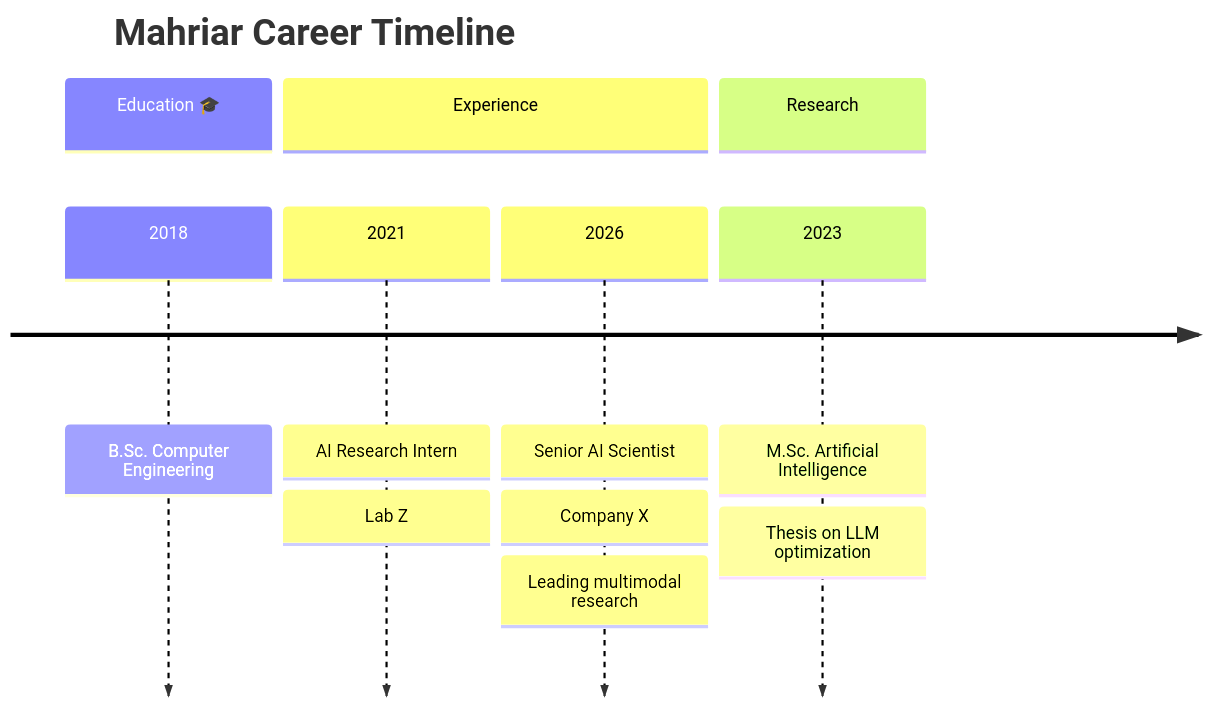
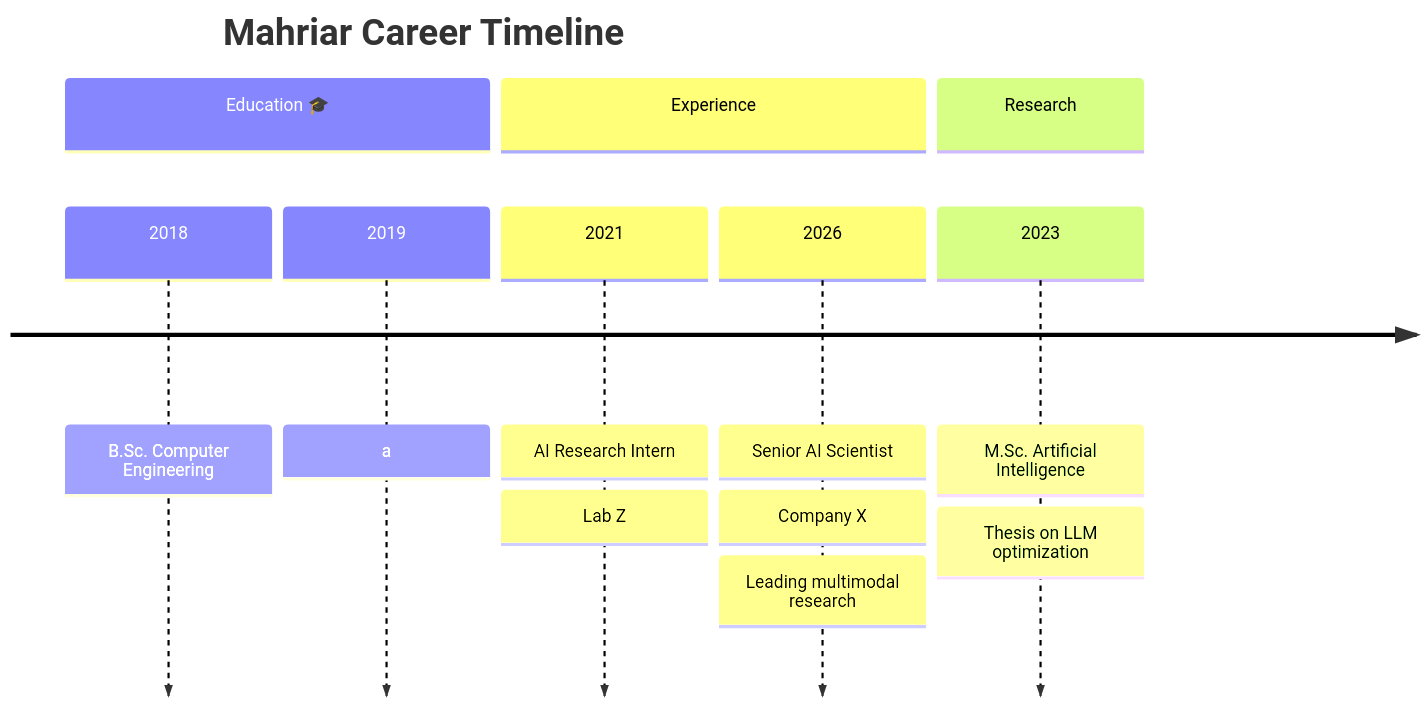
Before and after one commit to UDynamic/ML-Engineering-job-Prep: the diagram in applicationSystem/PYDEV.md, drawn with Mermaid. The commit also changed other lines of this file, not shown here.

Commit message:
mermaid timeline is awesome

````diff
--- a/applicationSystem/PYDEV.md
+++ b/applicationSystem/PYDEV.md
@@ -11,19 +11,21 @@
 ```mermaid
 timeline
     title Mahriar Career Timeline
 
     section Education 🎓
     2018 : B.Sc. Computer Engineering
+
+    2019 : a
 
     section Experience
     2021 : AI Research Intern
          : Lab Z
 
     2026 : Senior AI Scientist
          : Company X
          : Leading multimodal research
 
     section Research
     2023 : M.Sc. Artificial Intelligence
          : Thesis on LLM optimization
 ```
````
